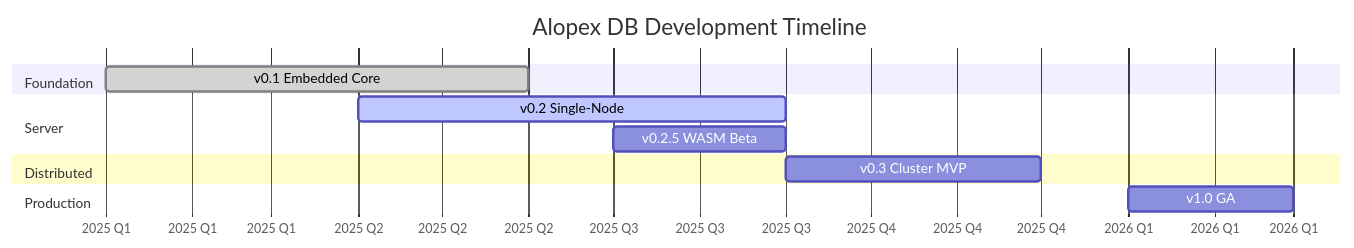
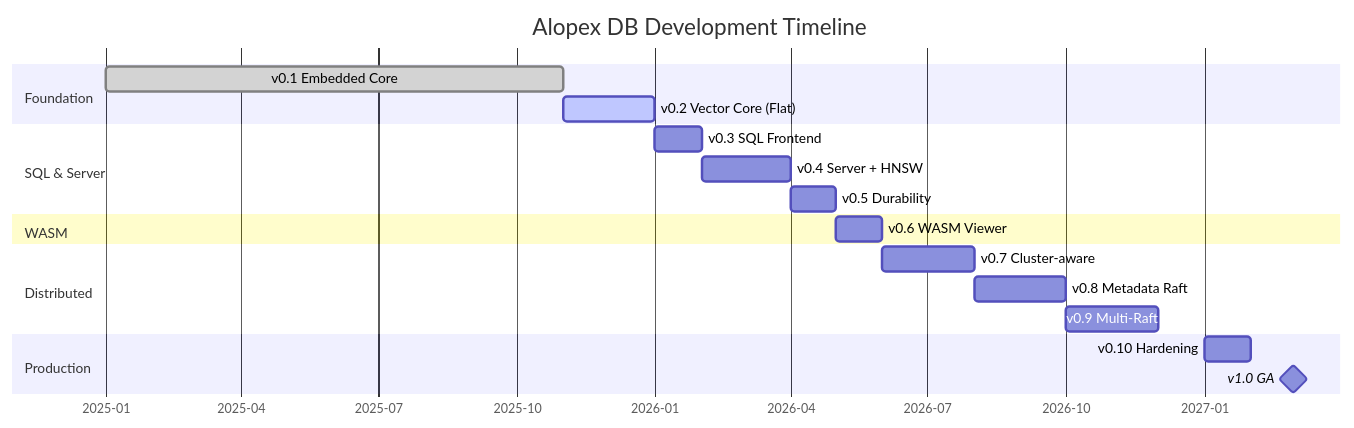
Before and after one commit to alopex-db/alopex-db.github.io: the diagram in docs/roadmap.md, drawn with Mermaid. The commit also changed other lines of this file and 1 other file, not shown here.

First line of the commit message:
docs: Update roadmap and index to reflect v0.1 completion

````diff
--- a/docs/roadmap.md
+++ b/docs/roadmap.md
@@ -18,19 +18,27 @@
 ```mermaid
 gantt
     title Alopex DB Development Timeline
     dateFormat  YYYY-MM
-    axisFormat  %Y Q%q
+    axisFormat  %Y-%m
 
     section Foundation
-    v0.1 Embedded Core    :done, 2025-01, 2025-06
+    v0.1 Embedded Core       :done, 2025-01, 2025-11
+    v0.2 Vector Core (Flat)  :active, 2025-11, 2026-01
 
-    section Server
-    v0.2 Single-Node      :active, 2025-04, 2025-09
-    v0.2.5 WASM Beta      :2025-07, 2025-09
+    section SQL & Server
+    v0.3 SQL Frontend        :2026-01, 2026-02
+    v0.4 Server + HNSW       :2026-02, 2026-04
+    v0.5 Durability          :2026-04, 2026-05
+
+    section WASM
+    v0.6 WASM Viewer         :2026-05, 2026-06
 
     section Distributed
-    v0.3 Cluster MVP      :2025-09, 2025-12
+    v0.7 Cluster-aware       :2026-06, 2026-08
+    v0.8 Metadata Raft       :2026-08, 2026-10
+    v0.9 Multi-Raft          :2026-10, 2026-12
 
     section Production
-    v1.0 GA               :2026-01, 2026-03
+    v0.10 Hardening          :2027-01, 2027-02
+    v1.0 GA                  :milestone, 2027-03, 0d
 ```
````
